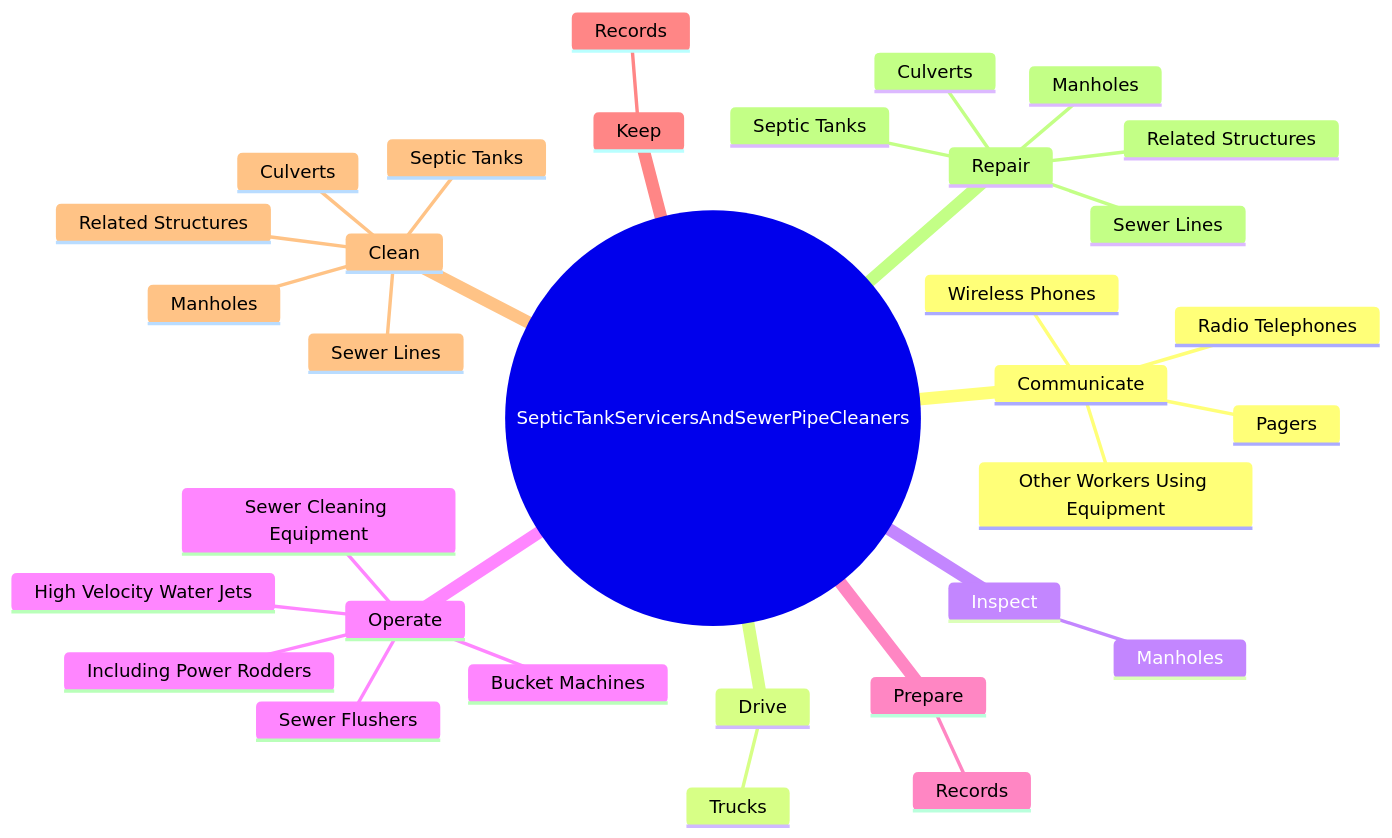
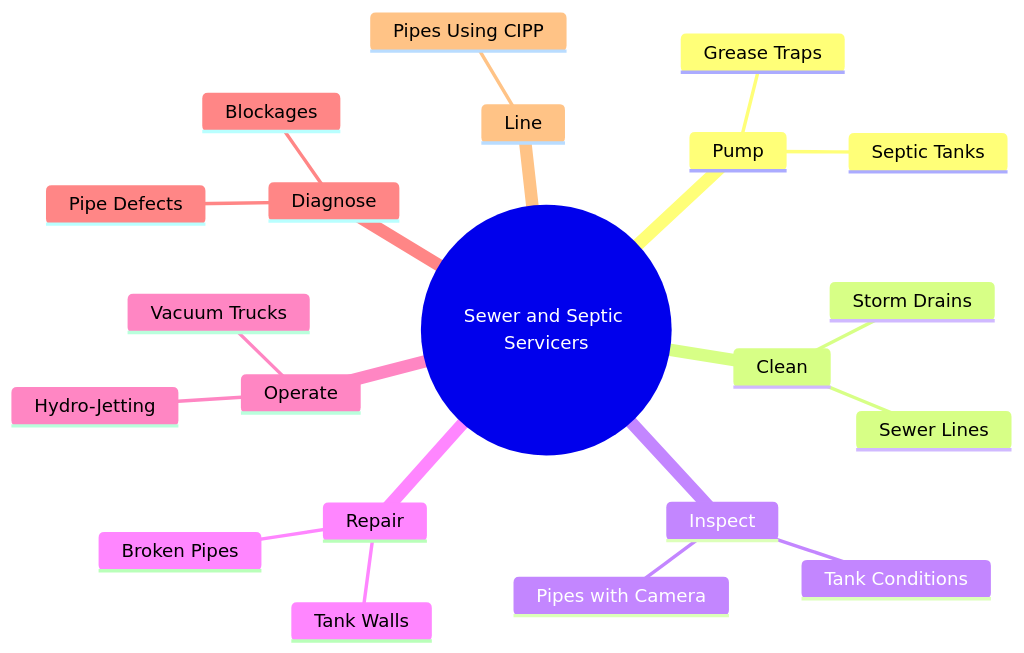
Before and after one commit to kziemski/business.org.ai: the second of 4 diagrams in occupations/Construction/SepticTankServicersAndSewerPipeCleaners.mdx, drawn with Mermaid. The commit also changed other lines of this file and 938 other files, not shown here.

````diff
--- a/occupations/Construction/SepticTankServicersAndSewerPipeCleaners.mdx
+++ b/occupations/Construction/SepticTankServicersAndSewerPipeCleaners.mdx
@@ -37,35 +46,24 @@
 ```mermaid
 mindmap
-    root(("SepticTankServicersAndSewerPipeCleaners"))
-        Communicate
-            Other Workers Using Equipment
-            Wireless Phones
-            Pagers
-            Radio Telephones
-        Drive
-            Trucks
+    root(("Sewer and Septic Servicers"))
+        Pump
+            Septic Tanks
+            Grease Traps
+        Clean
+            Sewer Lines
+            Storm Drains
         Inspect
-            Manholes
+            Pipes with Camera
+            Tank Conditions
+        Repair
+            Broken Pipes
+            Tank Walls
         Operate
-            Sewer Cleaning Equipment
-            Including Power Rodders
-            High Velocity Water Jets
-            Sewer Flushers
-            Bucket Machines
-        Prepare
-            Records
-        Keep
-            Records
-        Clean
-            Septic Tanks
-            Sewer Lines
-            Related Structures
-            Manholes
-            Culverts
-        Repair
-            Septic Tanks
-            Sewer Lines
-            Related Structures
-            Manholes
-            Culverts
+            Vacuum Trucks
+            Hydro-Jetting
+        Diagnose
+            Blockages
+            Pipe Defects
+        Line
+            Pipes Using CIPP
 ```
````
